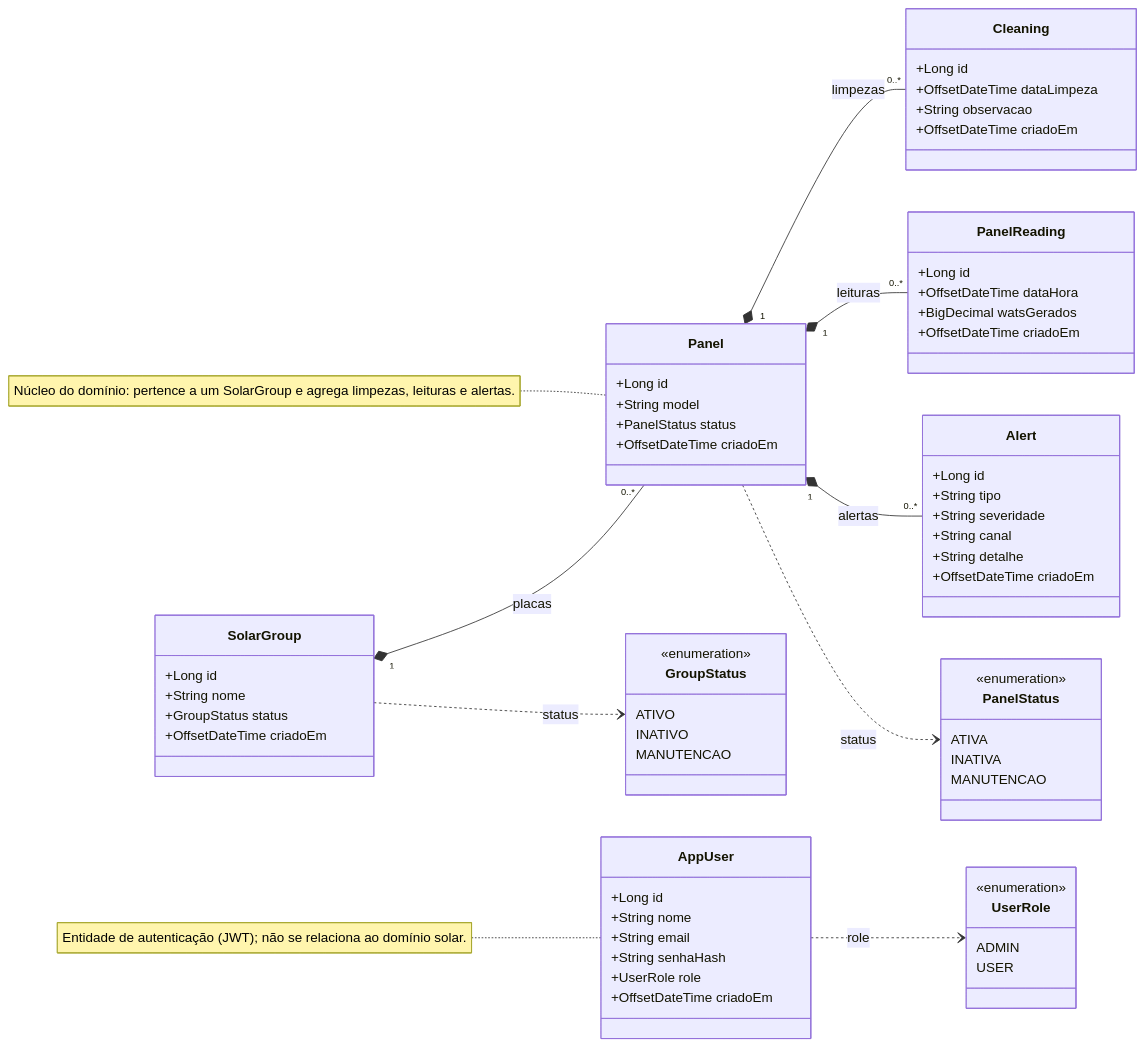
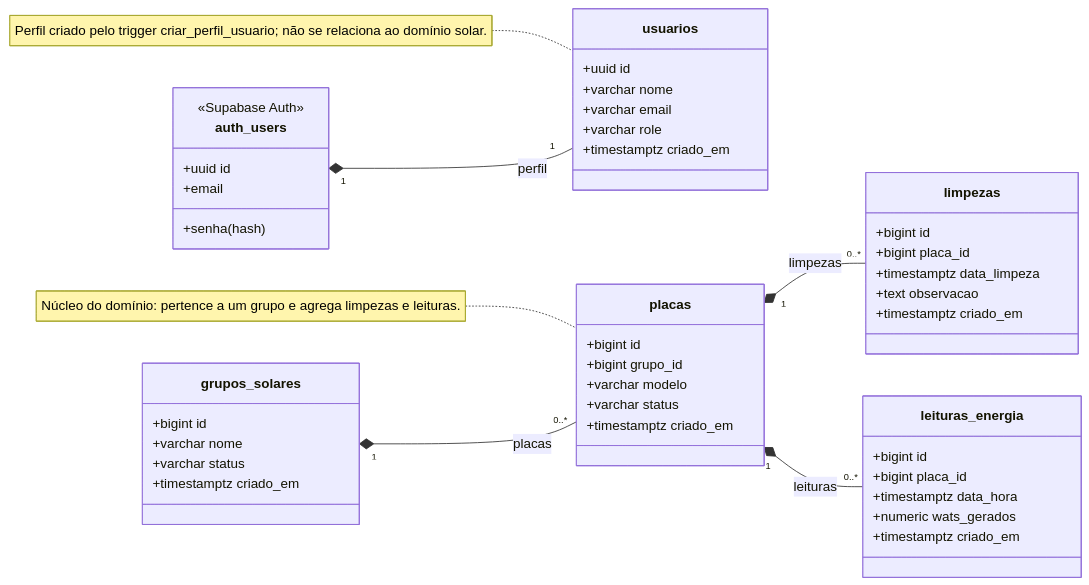
The diagram in docs/MODELO-DE-CLASSES.md (danieltanjos/SolarVision), drawn with Mermaid before and after one commit. The commit also changed other lines of this file and 8 other files, not shown here.

````diff
--- a/docs/MODELO-DE-CLASSES.md
+++ b/docs/MODELO-DE-CLASSES.md
@@ -11,77 +11,55 @@
 ```mermaid
 classDiagram
     direction LR
 
-    class AppUser {
-        +Long id
-        +String nome
-        +String email
-        +String senhaHash
-        +UserRole role
-        +OffsetDateTime criadoEm
+    class usuarios {
+        +uuid id
+        +varchar nome
+        +varchar email
+        +varchar role
+        +timestamptz criado_em
     }
-    class SolarGroup {
-        +Long id
-        +String nome
-        +GroupStatus status
-        +OffsetDateTime criadoEm
+    class grupos_solares {
+        +bigint id
+        +varchar nome
+        +varchar status
+        +timestamptz criado_em
     }
-    class Panel {
-        +Long id
-        +String model
-        +PanelStatus status
-        +OffsetDateTime criadoEm
+    class placas {
+        +bigint id
+        +bigint grupo_id
+        +varchar modelo
+        +varchar status
+        +timestamptz criado_em
     }
-    class Cleaning {
-        +Long id
-        +OffsetDateTime dataLimpeza
-        +String observacao
-        +OffsetDateTime criadoEm
+    class limpezas {
+        +bigint id
+        +bigint placa_id
+        +timestamptz data_limpeza
+        +text observacao
+        +timestamptz criado_em
     }
-    class PanelReading {
-        +Long id
-        +OffsetDateTime dataHora
-        +BigDecimal watsGerados
-        +OffsetDateTime criadoEm
+    class leituras_energia {
+        +bigint id
+        +bigint placa_id
+        +timestamptz data_hora
+        +numeric wats_gerados
+        +timestamptz criado_em
     }
-    class Alert {
-        +Long id
-        +String tipo
-        +String severidade
-        +String canal
-        +String detalhe
-        +OffsetDateTime criadoEm
-    }
-    class UserRole {
-        <<enumeration>>
-        ADMIN
-        USER
-    }
-    class GroupStatus {
-        <<enumeration>>
-        ATIVO
-        INATIVO
-        MANUTENCAO
-    }
-    class PanelStatus {
-        <<enumeration>>
-        ATIVA
-        INATIVA
-        MANUTENCAO
+    class auth_users {
+        <<Supabase Auth>>
+        +uuid id
+        +email
+        +senha (hash)
     }
 
     %% Composições (losango cheio) refletem ON DELETE CASCADE:
     %% remover o pai remove os filhos.
-    SolarGroup "1" *-- "0..*" Panel : placas
-    Panel "1" *-- "0..*" Cleaning : limpezas
-    Panel "1" *-- "0..*" PanelReading : leituras
-    Panel "1" *-- "0..*" Alert : alertas
+    auth_users "1" *-- "1" usuarios : perfil
+    grupos_solares "1" *-- "0..*" placas : placas
+    placas "1" *-- "0..*" limpezas : limpezas
+    placas "1" *-- "0..*" leituras_energia : leituras
 
-    %% Enums de domínio (papel / status) usados como atributos
-    AppUser ..> UserRole : role
-    SolarGroup ..> GroupStatus : status
-    Panel ..> PanelStatus : status
-
-    note for AppUser "Entidade de autenticação (JWT); não se relaciona ao domínio solar."
-    note for Panel "Núcleo do domínio: pertence a um SolarGroup e agrega limpezas, leituras e alertas."
+    note for usuarios "Perfil criado pelo trigger criar_perfil_usuario; não se relaciona ao domínio solar."
+    note for placas "Núcleo do domínio: pertence a um grupo e agrega limpezas e leituras."
 ```
````
